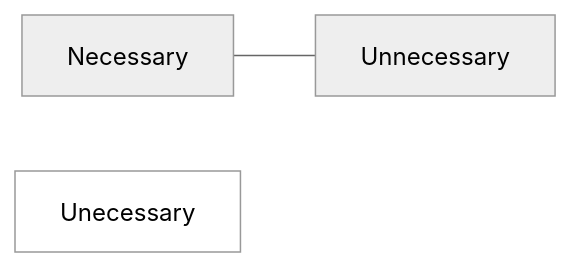
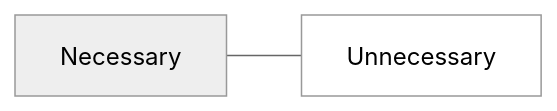
The first of 4 diagrams in README.md (fuanho/Maximum-leaf-spanning-tree), drawn with Mermaid (neutral theme) before and after one commit.

Commit message:
Line 16 Unnecessary

````diff
--- a/README.md
+++ b/README.md
@@ -14,5 +14,5 @@
 ```mermaid
     graph LR
     Necessary---Unnecessary
-    style Unecessary fill:#fff
+    style Unnecessary fill:#fff
 ```
````
